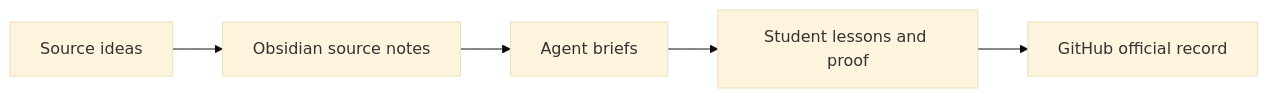
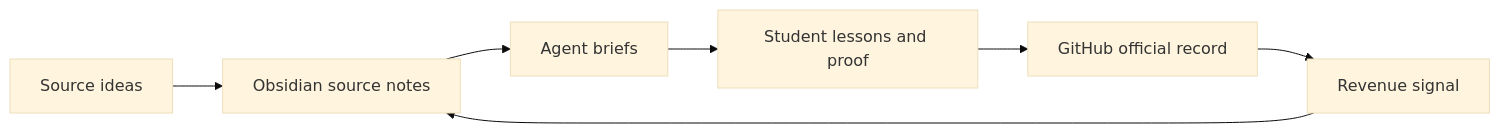
The diagram in docs/students/ai-office-source-pack/README.md (GitMoneyOS/gitmoney-public-framework), drawn with Mermaid (base theme) before and after one commit. The commit also changed other lines of this file and 2 other files, not shown here.

First line of the commit message:
Add capstone synthesis class: The Cybernetic Revenue Loop

````diff
--- a/docs/students/ai-office-source-pack/README.md
+++ b/docs/students/ai-office-source-pack/README.md
@@ -12,13 +12,16 @@
 ```mermaid
 flowchart LR
     pdfs["Source ideas"]
     obsidian["Obsidian source notes"]
     briefs["Agent briefs"]
     outputs["Student lessons and proof"]
     github["GitHub official record"]
+    signal["Revenue signal"]
 
     pdfs --> obsidian
     obsidian --> briefs
     briefs --> outputs
     outputs --> github
+    github --> signal
+    signal --> obsidian
 ```
````
